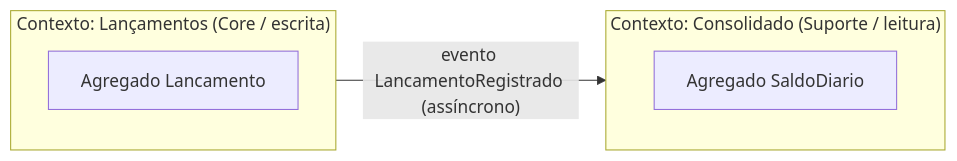
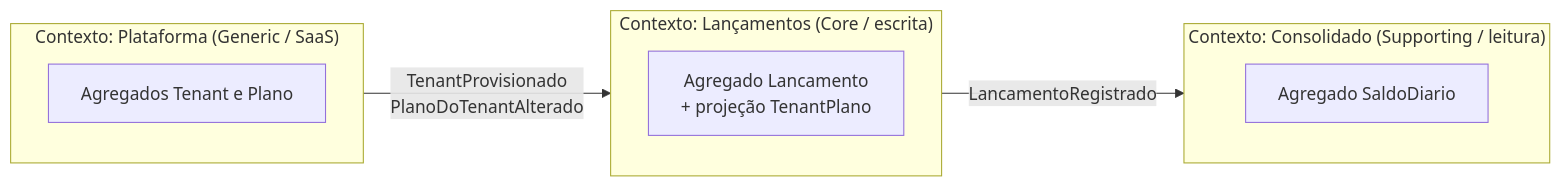
Before and after one commit to igorwaterloo/Verx-desafio20260922: the diagram in docs/dominio.md, drawn with Mermaid. The commit also changed other lines of this file, not shown here.

First line of the commit message:
docs(dominio): adapta modelo para SaaS multi-tenant

````diff
--- a/docs/dominio.md
+++ b/docs/dominio.md
@@ -25,10 +32,14 @@
 ```mermaid
 flowchart LR
+    subgraph P["Contexto: Plataforma (Generic / SaaS)"]
+        PA["Agregados Tenant e Plano"]
+    end
     subgraph L["Contexto: Lançamentos (Core / escrita)"]
-        LA["Agregado Lancamento"]
+        LA["Agregado Lancamento<br/>+ projeção TenantPlano"]
     end
-    subgraph C["Contexto: Consolidado (Suporte / leitura)"]
+    subgraph C["Contexto: Consolidado (Supporting / leitura)"]
         CA["Agregado SaldoDiario"]
     end
-    L -- "evento LancamentoRegistrado (assíncrono)" --> C
+    P -- "TenantProvisionado<br/>PlanoDoTenantAlterado" --> L
+    L -- "LancamentoRegistrado" --> C
 ```
````
